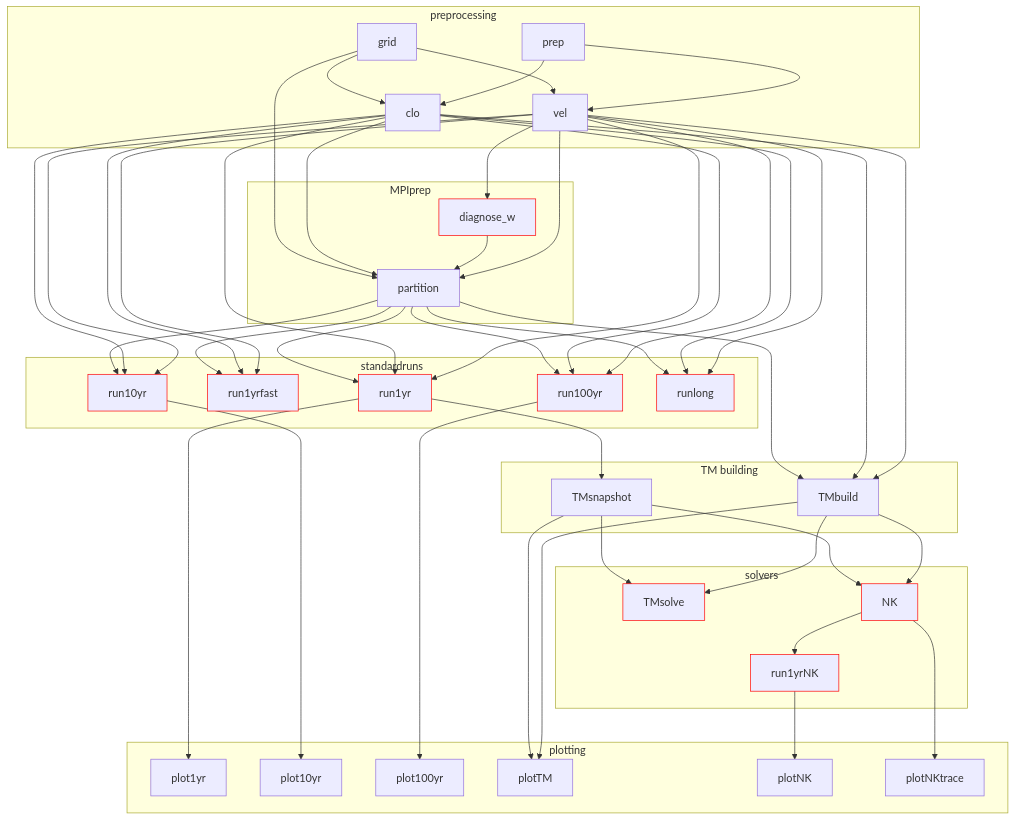
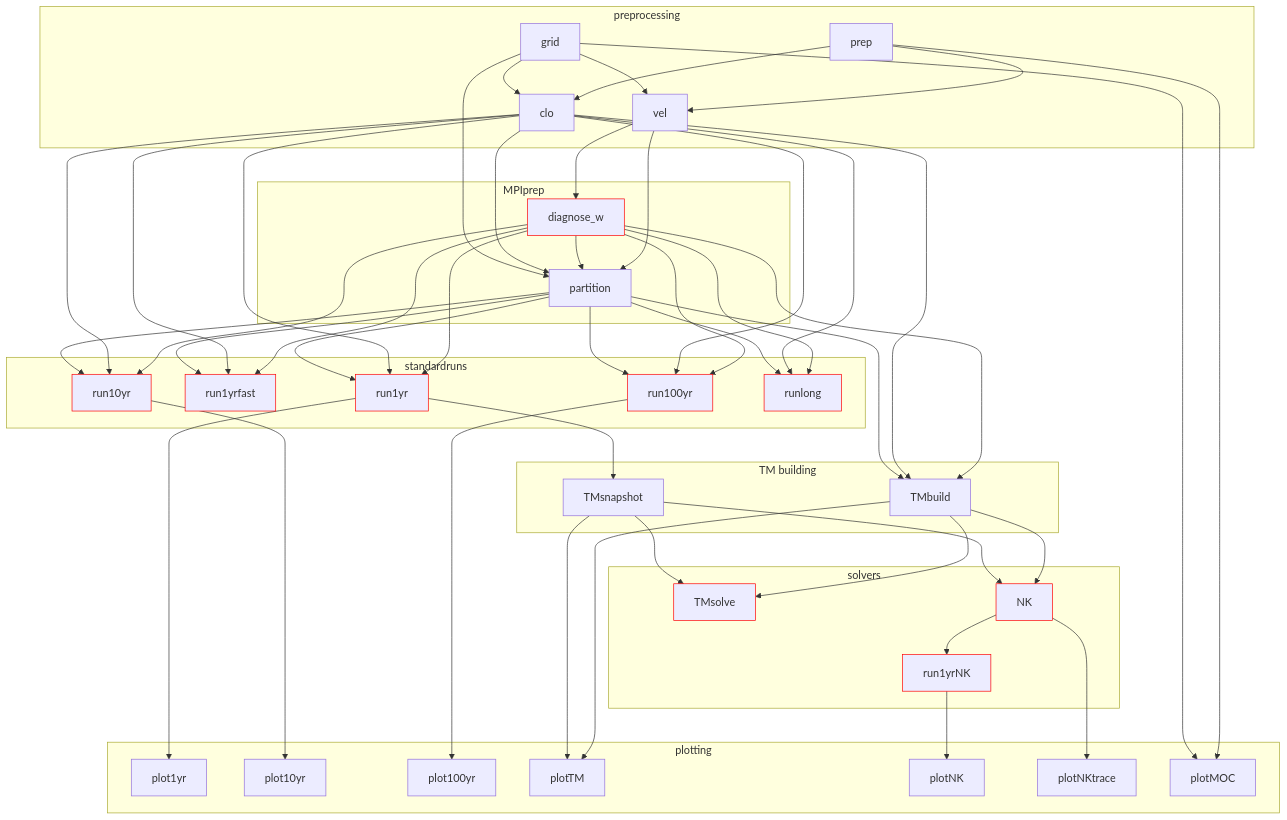
Before and after one commit to TMIP-code/ACCESS-OM2_x_Oceananigans: the diagram in README.md, drawn with Mermaid. The commit also changed 2 other files, not shown here.

Commit message:
Fix pipeline DAG: diagnose_w sits between vel and downstream steps
The DAG showed vel→{run1yr,TMbuild,...} but the actual driver routes
through diagnose_w: vel→diagnose_w→{run1yr,TMbuild,...}. Fixed in
pipeline.mmd, README.md Mermaid diagram, and driver.sh ASCII diagram.
Also added missing plotMOC edge in README.md.

````diff
--- a/README.md
+++ b/README.md
@@ -26,38 +26,39 @@
 ```mermaid
 ---
 config:
   flowchart:
     curve: basis
 ---
 graph TD
     classDef gpu stroke:#f00;
     subgraph preprocessing
         prep & grid & vel & clo
     end
     subgraph MPIprep
         diagnose_w:::gpu & partition
     end
     subgraph standardruns
         run1yr:::gpu & run1yrfast:::gpu & run10yr:::gpu & run100yr:::gpu & runlong:::gpu
     end
     subgraph TM building
         TMbuild & TMsnapshot
     end
     subgraph solvers
         TMsolve:::gpu & NK:::gpu & run1yrNK:::gpu
     end
     subgraph plotting
-        plot1yr & plot10yr & plot100yr & plotTM & plotNK & plotNKtrace
+        plot1yr & plot10yr & plot100yr & plotTM & plotNK & plotNKtrace & plotMOC
     end
     prep & grid --> vel & clo
     vel --> diagnose_w
     vel & diagnose_w & clo & grid --> partition
-    vel & clo --> run1yr & run1yrfast & run10yr & run100yr & runlong & TMbuild
+    diagnose_w & clo --> run1yr & run1yrfast & run10yr & run100yr & runlong & TMbuild
     partition --> run1yr & run1yrfast & run10yr & run100yr & runlong & TMbuild
     run1yr --> TMsnapshot & plot1yr
     run10yr --> plot10yr
     run100yr --> plot100yr
     TMbuild & TMsnapshot --> TMsolve & NK & plotTM
     NK --> run1yrNK & plotNKtrace
     run1yrNK --> plotNK
+    prep & grid --> plotMOC
 ```
````
